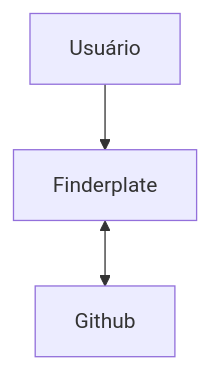
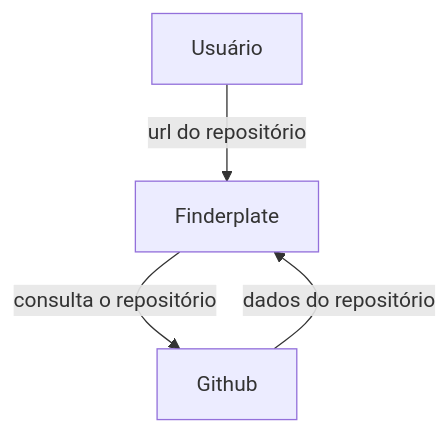
One commit to thazsobral/finderplate changed the diagram in README.md. Above: the diagram before and after it, drawn with Mermaid.

Commit message:
fix: adjusting flowchart

````diff
--- a/README.md
+++ b/README.md
@@ -8,4 +8,6 @@
 ```mermaid
 flowchart TD
-	A[Usuário] --> B[Finderplate] <-->	C[Github]
+	A[Usuário] --"url do repositório"--> B[Finderplate] 
+    B[Finderplate] --"consulta o repositório"--> C[Github]
+    C[Github] --"dados do repositório"--> B[Finderplate]
 ```
````
